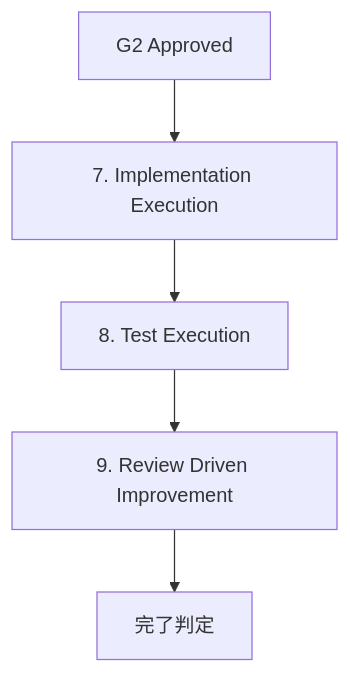
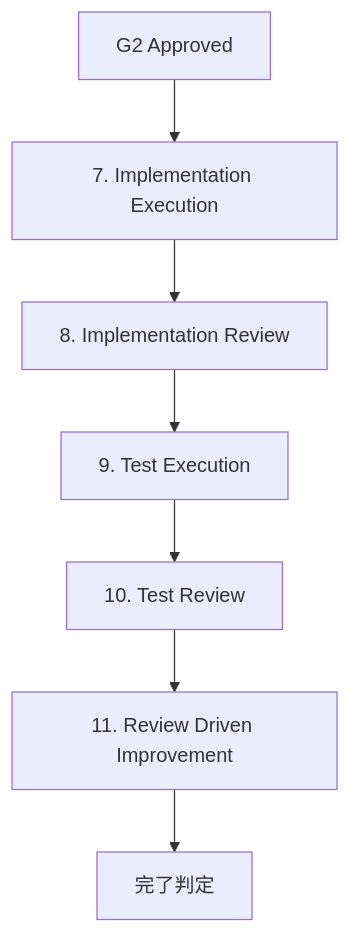
One commit to Aco-Lone/WaterfallSdd changed the diagram in docs/superpowers/guides/openspec-post-g2-execution-guide.md. Above: the diagram before and after it, drawn with Mermaid. The commit also changed other lines of this file and 19 other files, not shown here.

````diff
--- a/docs/superpowers/guides/openspec-post-g2-execution-guide.md
+++ b/docs/superpowers/guides/openspec-post-g2-execution-guide.md
@@ -38,7 +38,9 @@
 ```mermaid
 flowchart TD
     A[G2 Approved] --> B[7. Implementation Execution]
-    B --> C[8. Test Execution]
-    C --> D[9. Review Driven Improvement]
-    D --> E[完了判定]
+    B --> C[8. Implementation Review]
+    C --> D[9. Test Execution]
+    D --> E[10. Test Review]
+    E --> F[11. Review Driven Improvement]
+    F --> G[完了判定]
 ```
````
